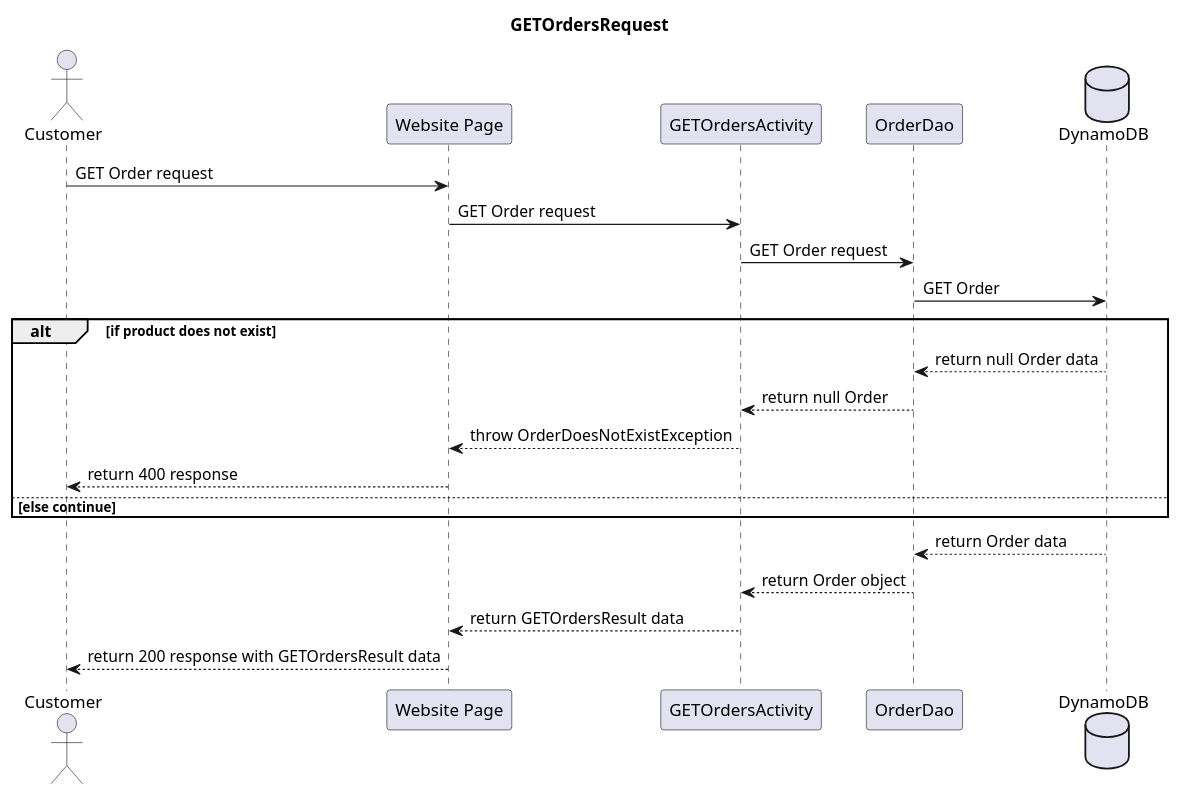
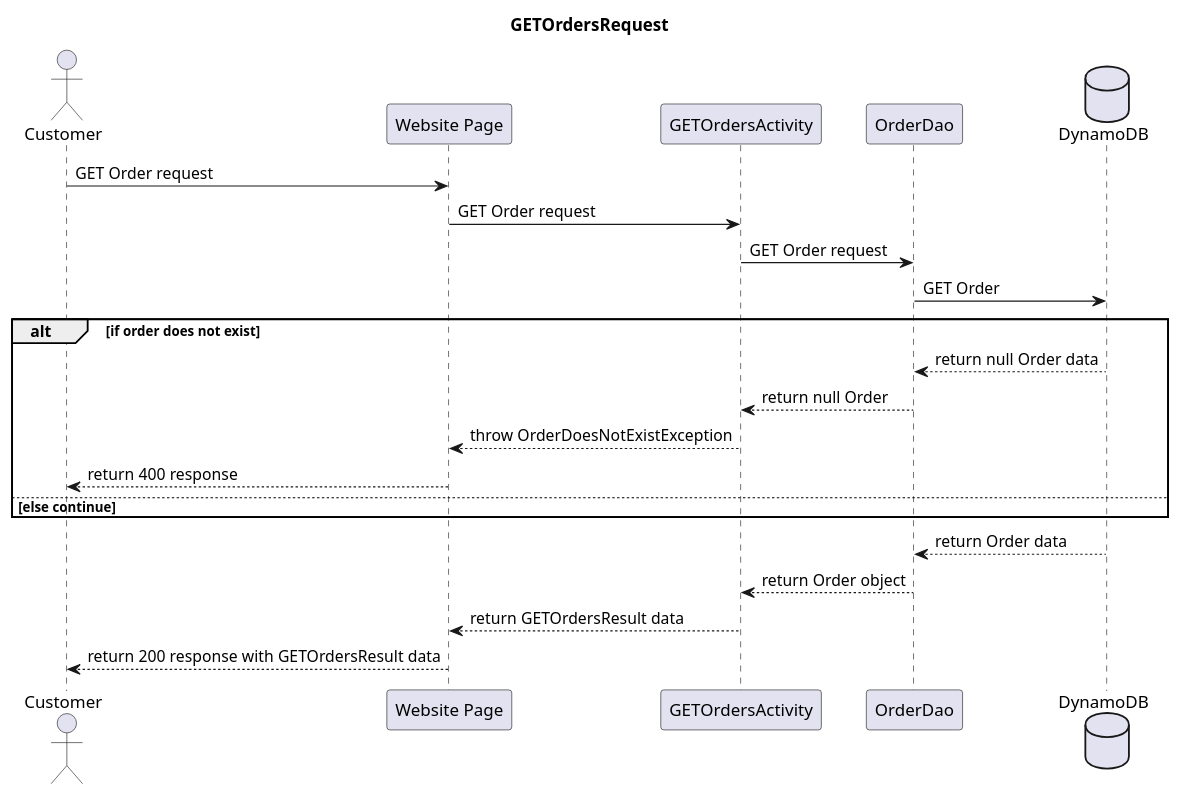
The diagram in project_documents/Design/Sequence Diagrams/GET/GETOrdersRequest.puml (sylviamohos/CoolWithCouleBackend), drawn with PlantUML before and after one commit. The commit also changed 4 other files, not shown here.

Commit message:
Diagram Updates

```diff
--- a/project_documents/Design/Sequence Diagrams/GET/GETOrdersRequest.puml
+++ b/project_documents/Design/Sequence Diagrams/GET/GETOrdersRequest.puml
@@ -1,29 +1,29 @@
 @startuml
 'https://plantuml.com/sequence-diagram
 
 actor "Customer" as client
 participant "Website Page" as apiGateway
 participant "GETOrdersActivity" as getOrdersActivity
 participant "OrderDao" as orderDao
 database "DynamoDB" as dynamoDB
 
 title GETOrdersRequest
 
 client -> apiGateway : GET Order request
 apiGateway -> getOrdersActivity : GET Order request
 getOrdersActivity -> orderDao : GET Order request
 orderDao -> dynamoDB : GET Order
-alt if product does not exist
+alt if order does not exist
 dynamoDB --> orderDao : return null Order data
 orderDao --> getOrdersActivity : return null Order
 getOrdersActivity --> apiGateway : throw OrderDoesNotExistException
 apiGateway --> client : return 400 response
 else else continue
 end
 dynamoDB --> orderDao : return Order data
 orderDao --> getOrdersActivity : return Order object
 getOrdersActivity --> apiGateway : return GETOrdersResult data
 apiGateway --> client : return 200 response with GETOrdersResult data
 
 
 @enduml
```
